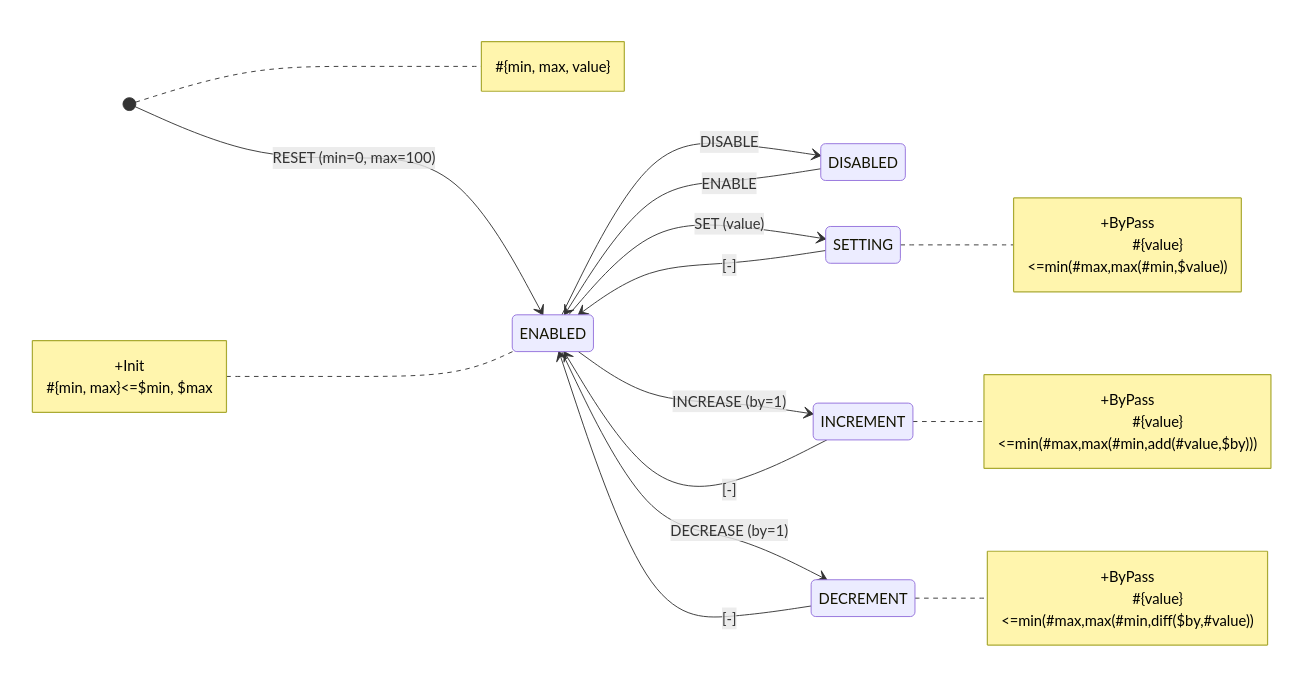
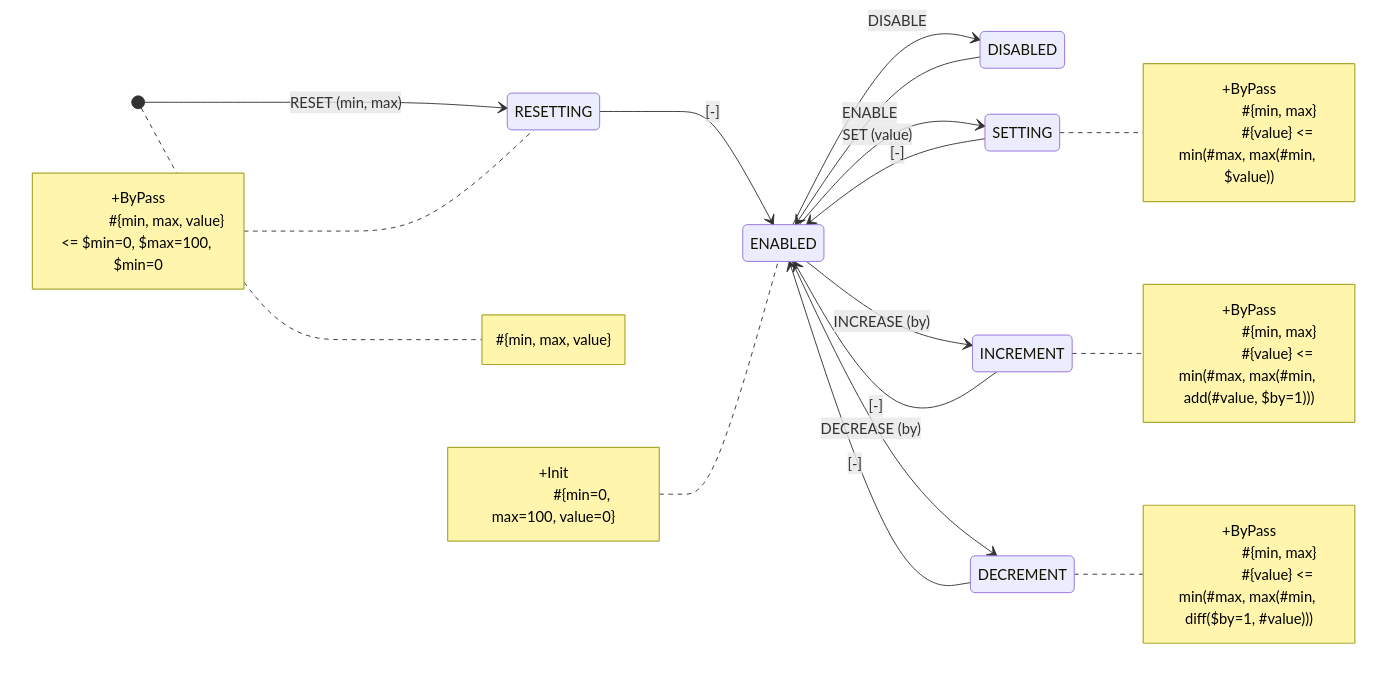
The first of 11 diagrams in docs/index.md (tfcp68/yantrix), drawn with Mermaid before and after one commit. The commit also changed other lines of this file and 2 other files, not shown here.

````diff
--- a/docs/index.md
+++ b/docs/index.md
@@ -17,32 +17,40 @@
 ```mermaid
 stateDiagram-v2
 	direction LR
-	[*] --> ENABLED: RESET (min=0, max=100)
+	[*] --> RESETTING: RESET (min, max)
+	RESETTING --> ENABLED: [-]
 	ENABLED --> DISABLED: DISABLE
 	DISABLED --> ENABLED: ENABLE
 	ENABLED --> SETTING: SET (value)
 	SETTING --> ENABLED: [-]
-	ENABLED --> INCREMENT: INCREASE (by=1)
+	ENABLED --> INCREMENT: INCREASE (by)
 	INCREMENT --> ENABLED: [-]
-	ENABLED --> DECREMENT: DECREASE (by=1)
+	ENABLED --> DECREMENT: DECREASE (by)
 	DECREMENT --> ENABLED: [-]
 	note left of ENABLED
 		+Init
-		#{min, max}<=$min, $max
+		#{min=0, max=100, value=0}
+	end note
+	note left of RESETTING
+		+ByPass
+		#{min, max, value} <= $min=0, $max=100, $min=0
 	end note
 	note right of SETTING
 		+ByPass
-		#{value}<=min(#max,max(#min,$value))
+		#{min, max}
+		#{value} <= min(#max, max(#min, $value))
 	end note
 	note right of INCREMENT
 		+ByPass
-		#{value}<=min(#max,max(#min,add(#value,$by)))
+		#{min, max}
+		#{value} <= min(#max, max(#min, add(#value, $by=1)))
 	end note
 	note right of DECREMENT
 		+ByPass
-		#{value}<=min(#max,max(#min,diff($by,#value))
+		#{min, max}
+		#{value} <= min(#max, max(#min, diff($by=1, #value)))
 	end note
 note right of [*]
 #{min, max, value}
 end note
 ```
````
